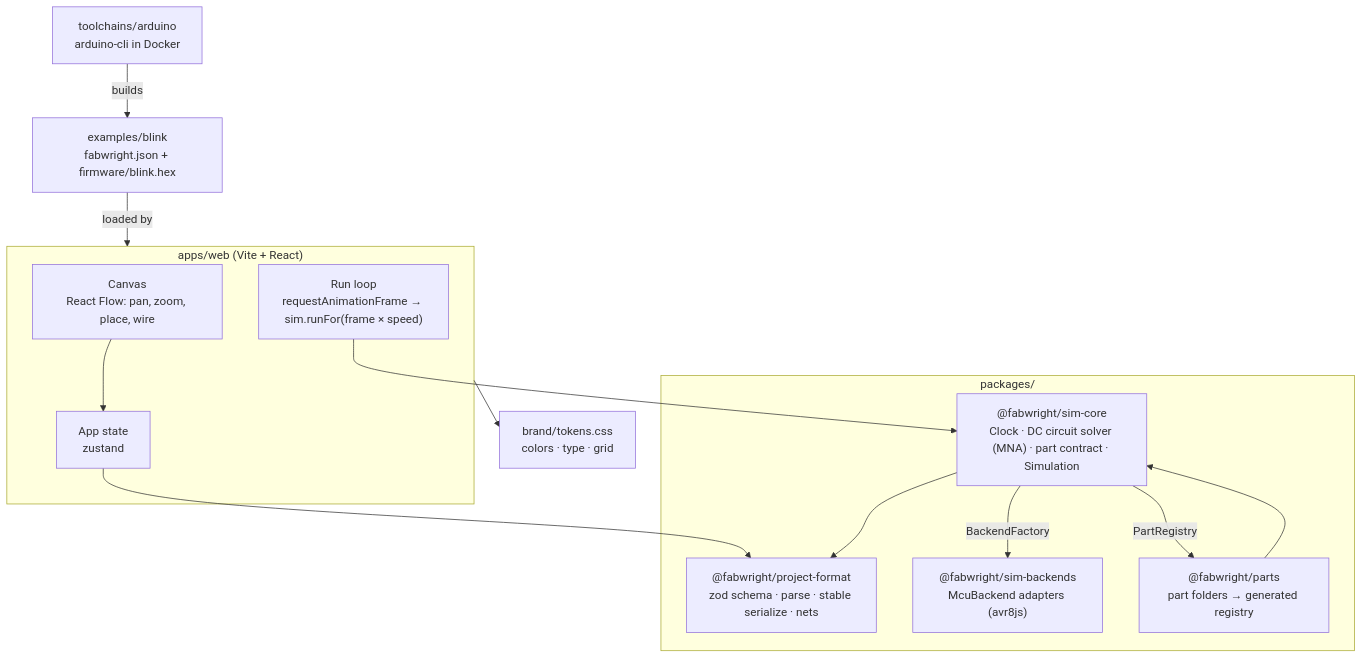
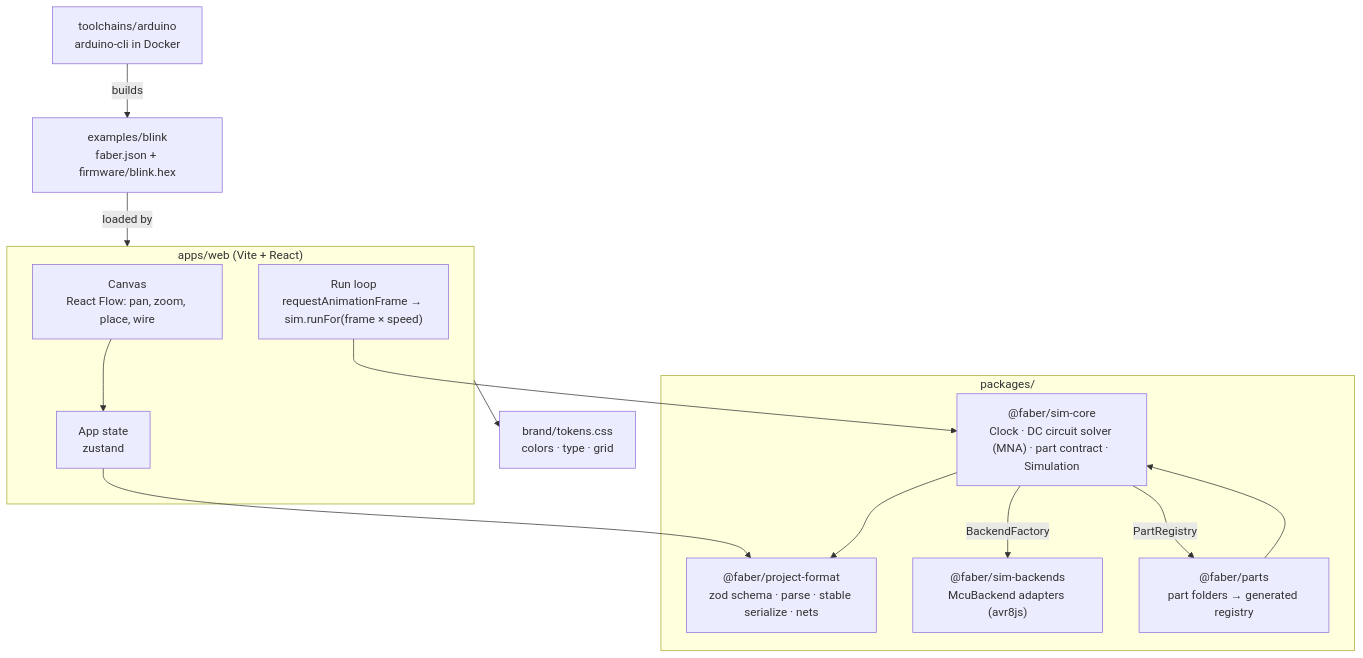
Before and after one commit to lausuarez02/faber: the first of 2 diagrams in docs/architecture.md, drawn with Mermaid. The commit also changed other lines of this file and 1024 other files, not shown here.

First line of the commit message:
refactor(rename): Fabwright is now Faber

````diff
--- a/docs/architecture.md
+++ b/docs/architecture.md
@@ -9,30 +9,30 @@
 ```mermaid
 flowchart TB
   subgraph app["apps/web (Vite + React)"]
     canvas["Canvas<br/>React Flow: pan, zoom, place, wire"]
     store["App state<br/>zustand"]
     loop["Run loop<br/>requestAnimationFrame → sim.runFor(frame × speed)"]
   end
 
   subgraph pkgs["packages/"]
-    pf["@fabwright/project-format<br/>zod schema · parse · stable serialize · nets"]
-    core["@fabwright/sim-core<br/>Clock · DC circuit solver (MNA) · part contract · Simulation"]
-    backends["@fabwright/sim-backends<br/>McuBackend adapters (avr8js)"]
-    parts["@fabwright/parts<br/>part folders → generated registry"]
+    pf["@faber/project-format<br/>zod schema · parse · stable serialize · nets"]
+    core["@faber/sim-core<br/>Clock · DC circuit solver (MNA) · part contract · Simulation"]
+    backends["@faber/sim-backends<br/>McuBackend adapters (avr8js)"]
+    parts["@faber/parts<br/>part folders → generated registry"]
   end
 
   brand["brand/tokens.css<br/>colors · type · grid"]
-  example["examples/blink<br/>fabwright.json + firmware/blink.hex"]
+  example["examples/blink<br/>faber.json + firmware/blink.hex"]
   toolchain["toolchains/arduino<br/>arduino-cli in Docker"]
 
   canvas --> store
   store --> pf
   loop --> core
   core --> pf
   core -- "BackendFactory" --> backends
   core -- "PartRegistry" --> parts
   parts --> core
   app --> brand
   toolchain -- "builds" --> example
   example -- "loaded by" --> app
 ```
````
